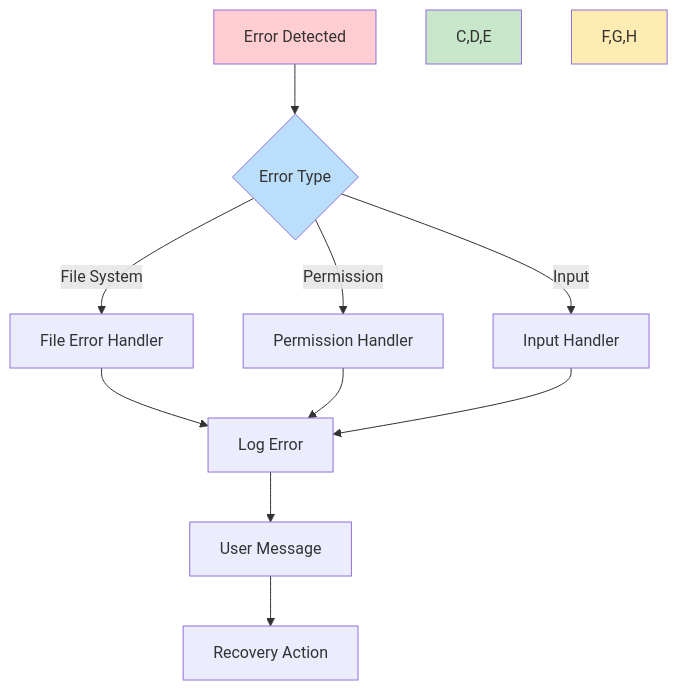
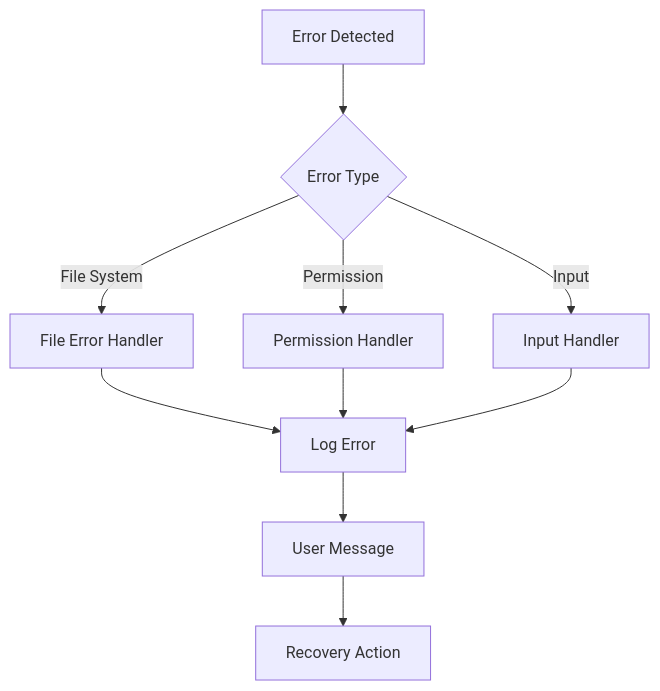
Before and after one commit to LGICCommunity/NoteCLI: diagram 12 of 17 in Docs/DevelopmentGuide/DETAILED_IMPLEMENTATION.md, drawn with Mermaid. The commit also changed other lines of this file and 1 other file, not shown here.

````diff
--- a/Docs/DevelopmentGuide/DETAILED_IMPLEMENTATION.md
+++ b/Docs/DevelopmentGuide/DETAILED_IMPLEMENTATION.md
@@ -318,19 +297,15 @@
 ```mermaid
 flowchart TD
     A[Error Detected] --> B{Error Type}
     B -->|File System| C[File Error Handler]
     B -->|Permission| D[Permission Handler]
     B -->|Input| E[Input Handler]
     
     C --> F[Log Error]
     D --> F
     E --> F
     
     F --> G[User Message]
     G --> H[Recovery Action]
     
-    style A fill:#ffcdd2
-    style B fill:#bbdefb
-    style C,D,E fill:#c8e6c9
-    style F,G,H fill:#ffecb3
 ```
````
